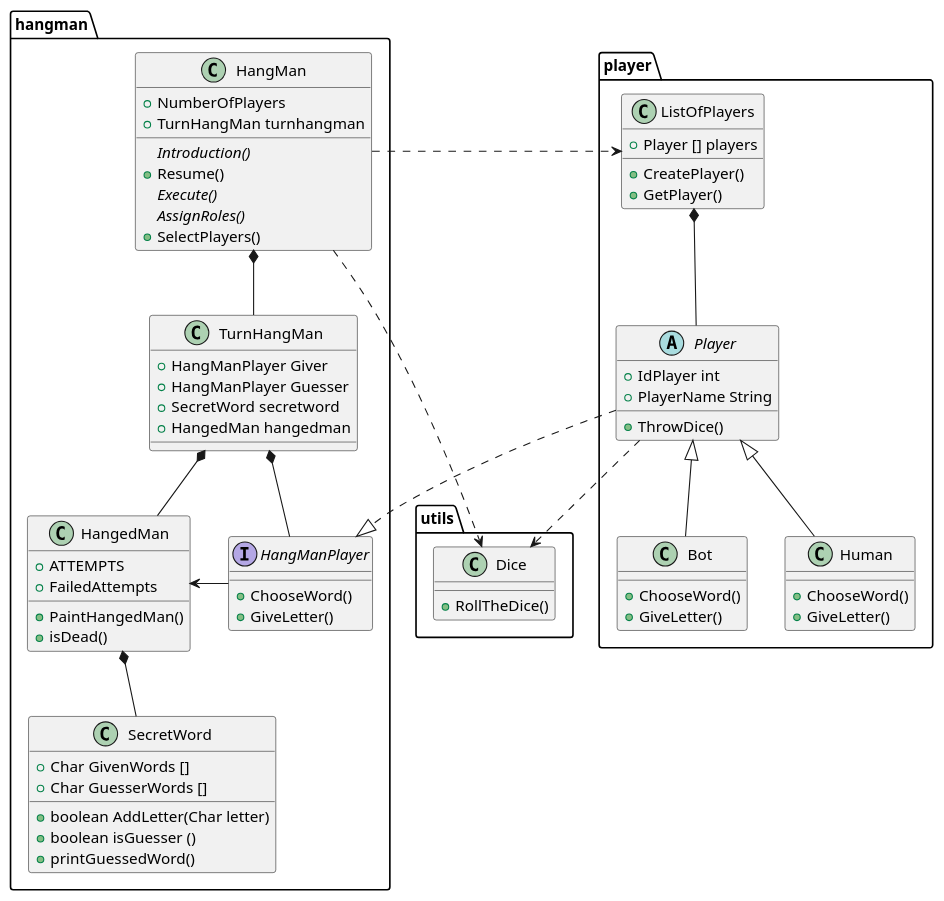
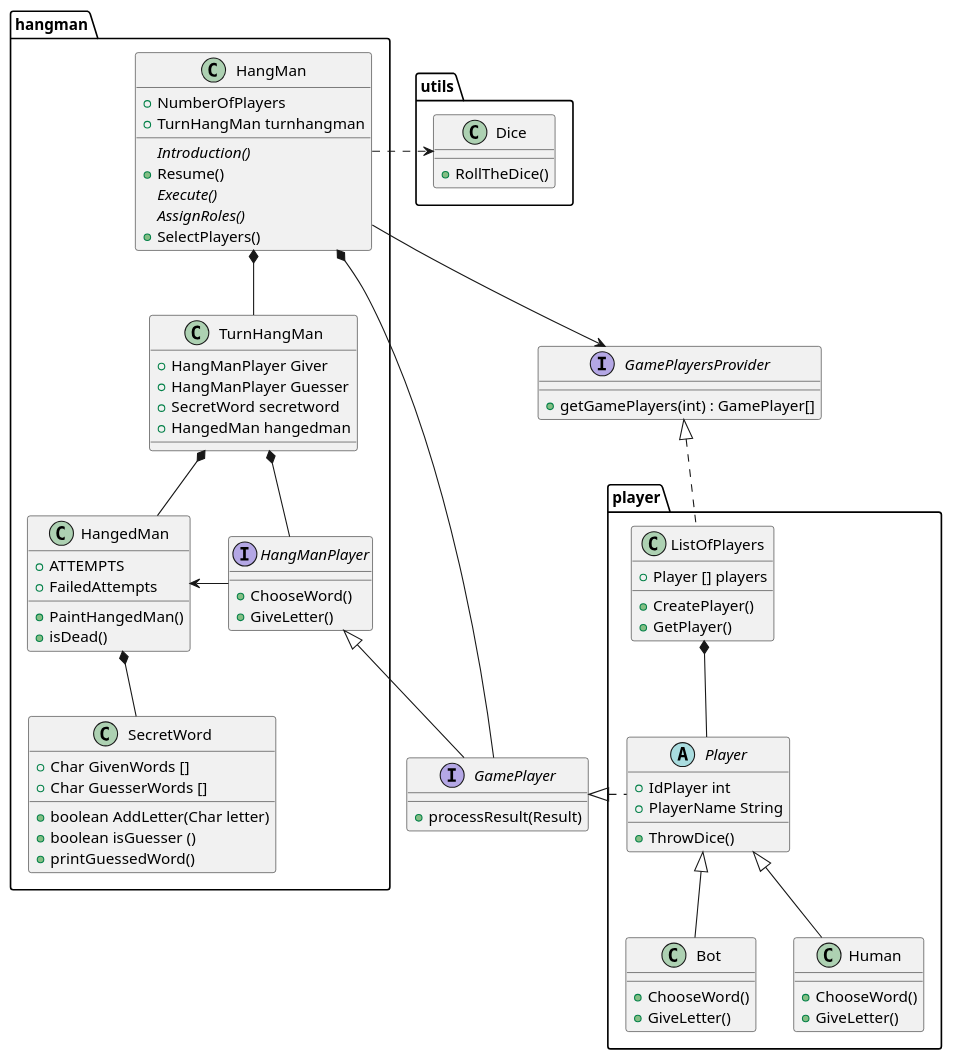
The diagram in diagrams/ClassDiagramHangMan.wsd (Gabs16TL/Games_Platform), drawn with PlantUML before and after one commit. The commit also changed 11 other files, not shown here.

```diff
--- a/diagrams/ClassDiagramHangMan.wsd
+++ b/diagrams/ClassDiagramHangMan.wsd
@@ -1,85 +1,93 @@
 @startuml
 
 package hangman {
     class HangMan {
         +NumberOfPlayers
         +TurnHangMan turnhangman
         {abstract}Introduction()
         +Resume()
         {abstract}Execute()
         {abstract}AssignRoles()
         +SelectPlayers()
     }
     class SecretWord {
         +Char GivenWords []
         +Char GuesserWords []
         +boolean AddLetter(Char letter)
         +boolean isGuesser ()
         +printGuessedWord()
     }
     class TurnHangMan {
         +HangManPlayer Giver
         +HangManPlayer Guesser
         +SecretWord secretword
         +HangedMan hangedman
     }
     class HangedMan {   
         +ATTEMPTS    
         +FailedAttempts
         +PaintHangedMan()
         +isDead()
     }
-
     interface HangManPlayer {
         +ChooseWord()
         +GiveLetter()
     }
-
 }
 
 package player {
     abstract class Player {
         +IdPlayer int
         +PlayerName String
         +ThrowDice()
     }
     class ListOfPlayers {
         +Player [] players
         +CreatePlayer()
         +GetPlayer()
     }
     class Bot {
         +ChooseWord()
         +GiveLetter()
     }
     class Human {
         +ChooseWord()
         +GiveLetter()
     }
 }
 
+interface GamePlayersProvider {
+        + getGamePlayers(int) : GamePlayer[]
+}
+
+interface GamePlayer {
+        + processResult(Result)
+}
+
 package utils {
     class Dice {
         +RollTheDice()
     }
 }
 
 HangMan *--TurnHangMan
-HangMan ..> ListOfPlayers
-HangMan ..> Dice
+HangMan --> GamePlayersProvider
+HangMan .right.> Dice
+HangMan *-- GamePlayer
 
 Player <|-- Bot
 Player <|-- Human
-Player ..|> HangManPlayer
-Player ..> Dice
+Player .left.|> GamePlayer
 
 TurnHangMan *-- HangedMan
 TurnHangMan *-- HangManPlayer
 
 HangedMan *-- SecretWord
 
 HangManPlayer -left-> HangedMan
+HangManPlayer <|-- GamePlayer
 
 ListOfPlayers *-- Player
+ListOfPlayers .up.|> GamePlayersProvider
 
 @enduml
```
